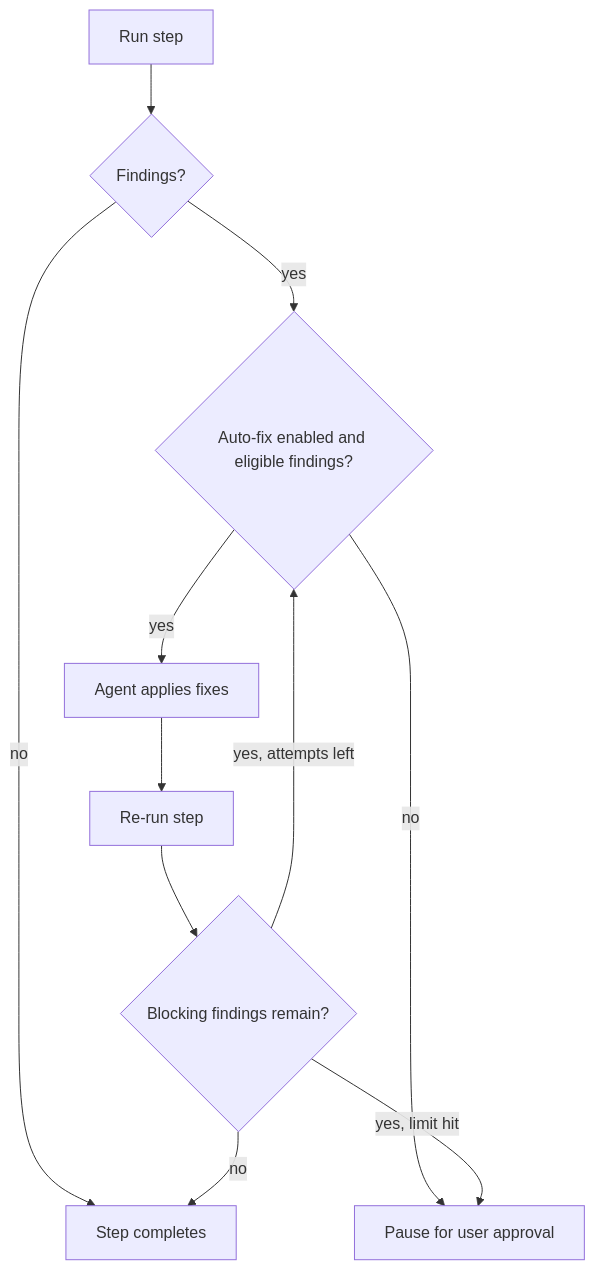
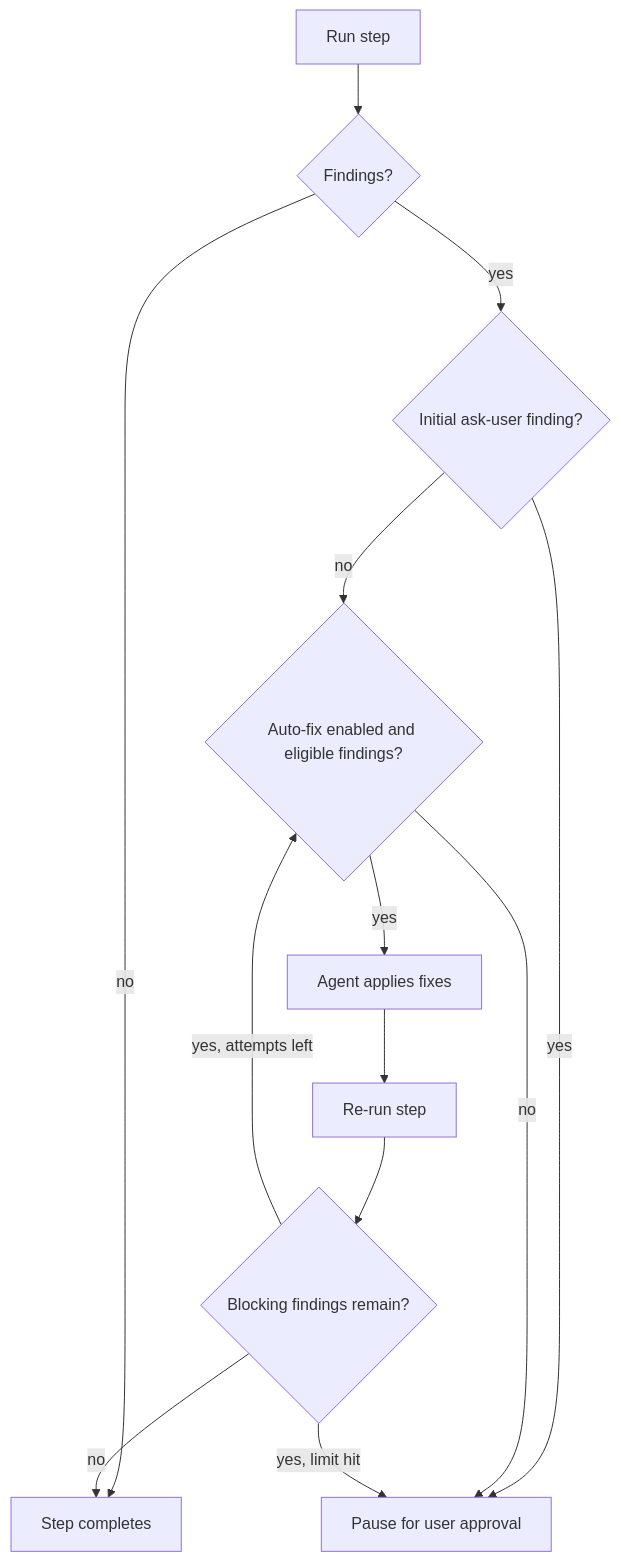
Before and after one commit to Blakeolson21/no-slop: the diagram in docs/src/content/docs/concepts/auto-fix.md, drawn with Mermaid. The commit also changed other lines of this file and 5 other files, not shown here.

Commit message:
fix(tui): leave initial ask-user gates parked in yolo mode

````diff
--- a/docs/src/content/docs/concepts/auto-fix.md
+++ b/docs/src/content/docs/concepts/auto-fix.md
@@ -8,13 +8,15 @@
 ```mermaid
 flowchart TD
   run["Run step"] --> findings{"Findings?"}
   findings -- "no" --> done["Step completes"]
-  findings -- "yes" --> eligible{"Auto-fix enabled and eligible findings?"}
+  findings -- "yes" --> human{"Initial ask-user finding?"}
+  human -- "yes" --> pause
+  human -- "no" --> eligible{"Auto-fix enabled and eligible findings?"}
   eligible -- "no" --> pause["Pause for user approval"]
   eligible -- "yes" --> fix["Agent applies fixes"]
   fix --> rerun["Re-run step"]
   rerun --> clean{"Blocking findings remain?"}
   clean -- "no" --> done
   clean -- "yes, attempts left" --> eligible
   clean -- "yes, limit hit" --> pause
 ```
````
